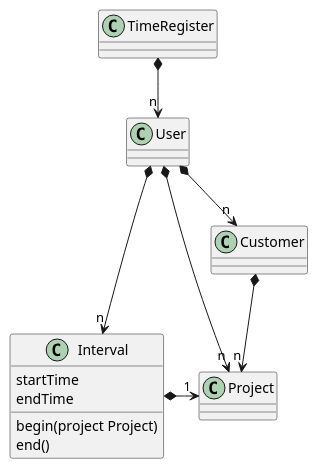
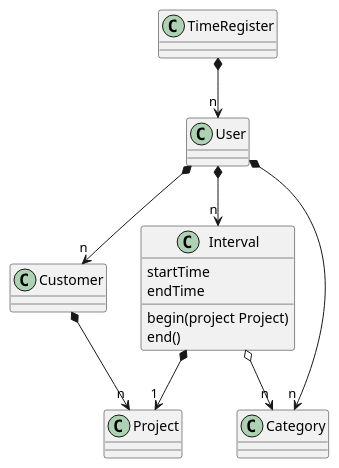
Before and after one commit to EscuelaIt/time-register: the diagram in docs/src/domain.plantuml, drawn with PlantUML. The commit also changed 2 other files, not shown here.

```diff
--- a/docs/src/domain.plantuml
+++ b/docs/src/domain.plantuml
@@ -1,22 +1,22 @@
 @startuml
 
 class TimeRegister
 class User
 class Project 
+class Category
 class Interval {
   startTime
   endTime
   begin(project Project)
   end()
 }
-
 class Customer
 
 TimeRegister *-down-> "n" User
-User *-down-> "n" Project
 User *-down-> "n" Customer
 Customer *-down-> "n" Project
 User *-down-> "n" Interval
+User *-down-> "n" Category
 Interval *-> "1" Project
-
+Interval o-down-> "n" Category
 @enduml
```
